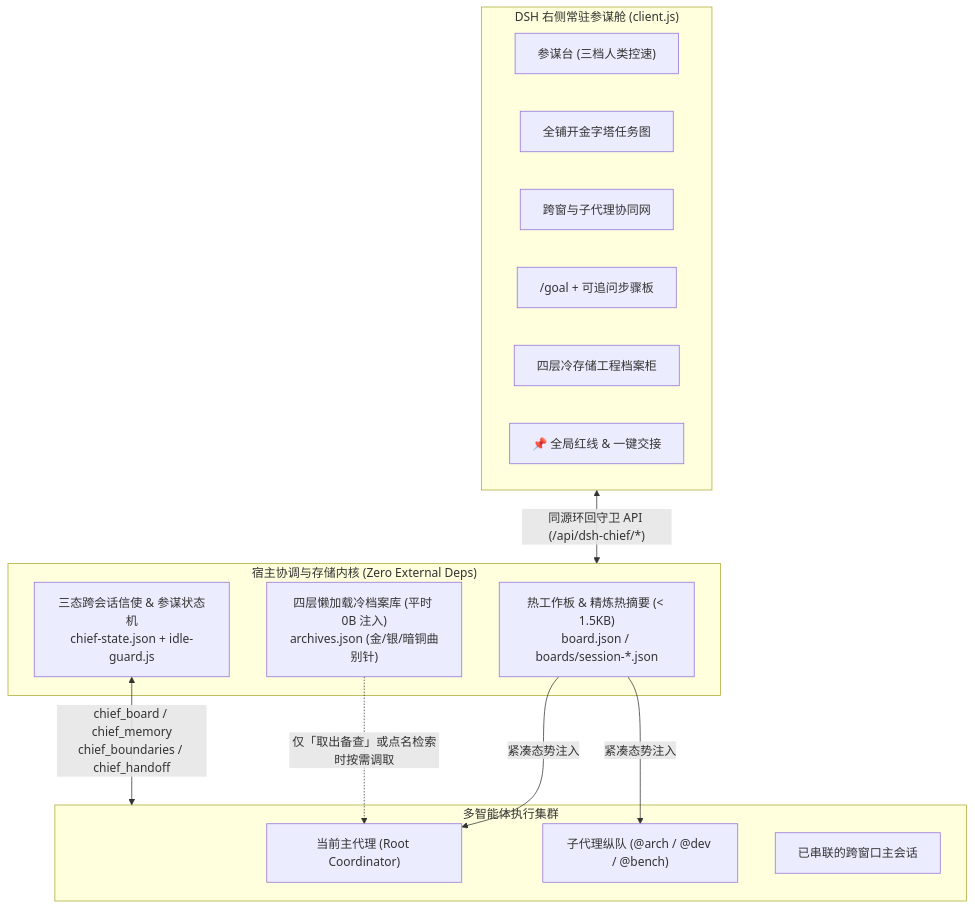
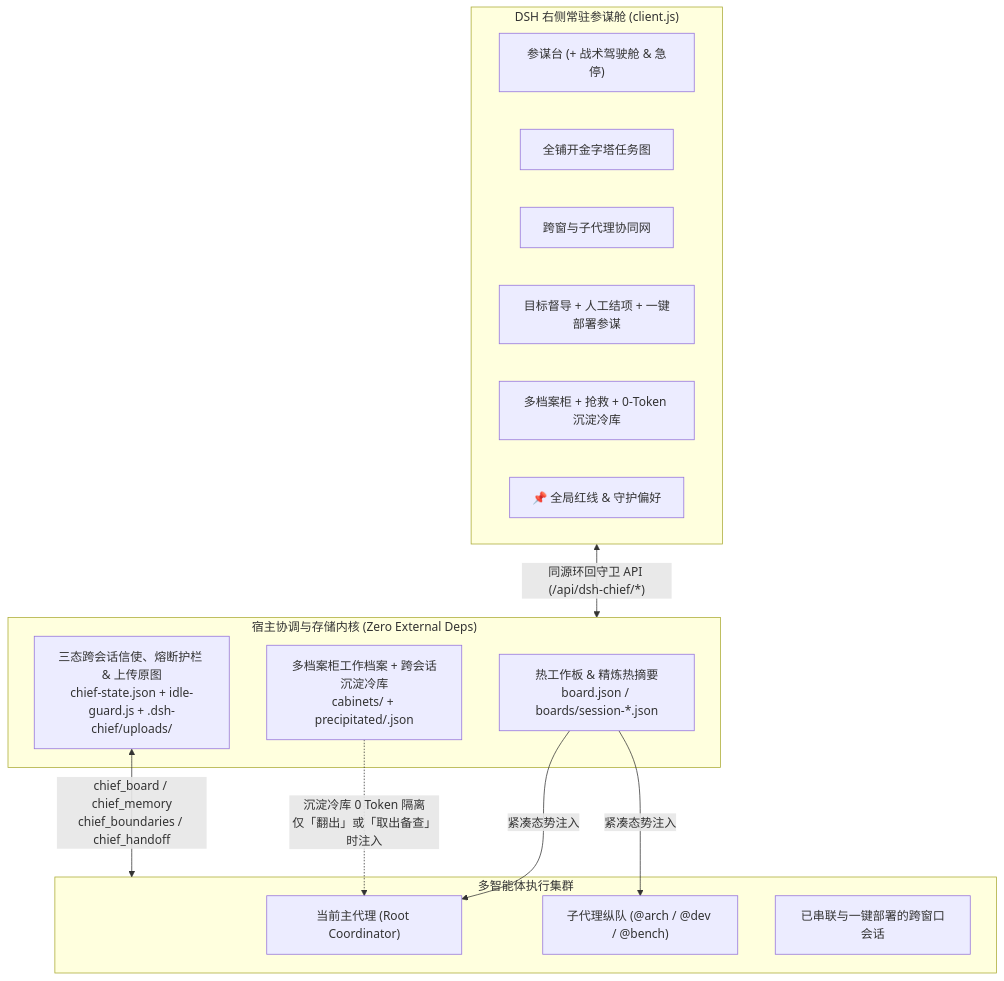
Before and after one commit to gluztm/dsh-chief: the diagram in README.md, drawn with Mermaid. The commit also changed other lines of this file and 7 other files, not shown here.

````diff
--- a/README.md
+++ b/README.md
@@ -129,29 +141,29 @@
 ```mermaid
 flowchart TB
   subgraph UI["DSH 右侧常驻参谋舱 (client.js)"]
-    T1["参谋台 (三档人类控速)"]
+    T1["参谋台 (+ 战术驾驶舱 & 急停)"]
     T2["全铺开金字塔任务图"]
     T3["跨窗与子代理协同网"]
-    T4["/goal + 可追问步骤板"]
-    T5["四层冷存储工程档案柜"]
-    T6["📌 全局红线 & 一键交接"]
+    T4["目标督导 + 人工结项 + 一键部署参谋"]
+    T5["多档案柜 + 抢救 + 0-Token 沉淀冷库"]
+    T6["📌 全局红线 & 守护偏好"]
   end
 
   subgraph Core["宿主协调与存储内核 (Zero External Deps)"]
-    Hot["热工作板 & 精炼热摘要 (< 1.5KB)\nboard.json / boards/session-*.json"]
-    Cold["四层懒加载冷档案库 (平时 0B 注入)\narchives.json (金/银/暗铜曲别针)"]
-    Bus["三态跨会话信使 & 参谋状态机\nchief-state.json + idle-guard.js"]
+    Hot["热工作板 & 精炼热摘要\nboard.json / boards/session-*.json"]
+    Cold["多档案柜工作档案 + 跨会话沉淀冷库\ncabinets/ + precipitated/<projectKey>.json"]
+    Bus["三态跨会话信使、熔断护栏 & 上传原图\nchief-state.json + idle-guard.js + .dsh-chief/uploads/"]
   end
 
   subgraph Agents["多智能体执行集群"]
     Lead["当前主代理 (Root Coordinator)"]
     Subs["子代理纵队 (@arch / @dev / @bench)"]
-    Peers["已串联的跨窗口主会话"]
+    Peers["已串联与一键部署的跨窗口会话"]
   end
 
   UI <-->|"同源环回守卫 API (/api/dsh-chief/*)"| Core
   Hot -->|"紧凑态势注入"| Lead
   Hot -->|"紧凑态势注入"| Subs
-  Cold -.->|"仅「取出备查」或点名检索时按需调取"| Lead
+  Cold -.->|"沉淀冷库 0 Token 隔离\n仅「翻出」或「取出备查」时注入"| Lead
   Bus <-->|"chief_board / chief_memory\nchief_boundaries / chief_handoff"| Agents
 ```
````
